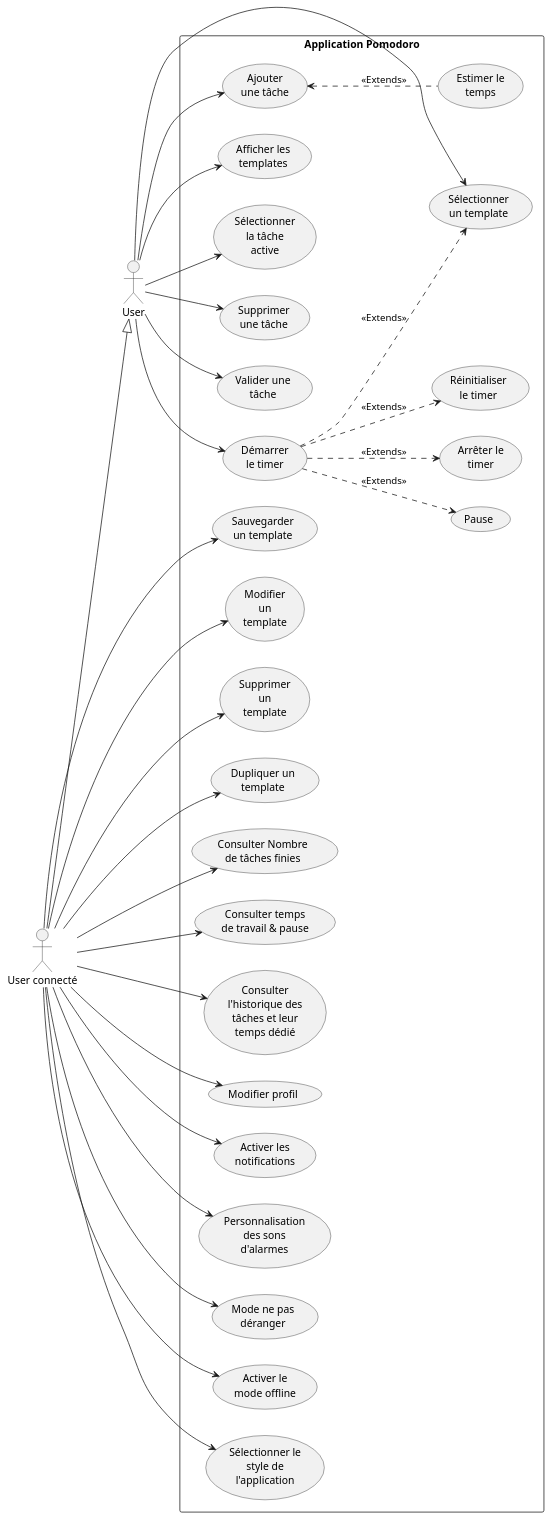
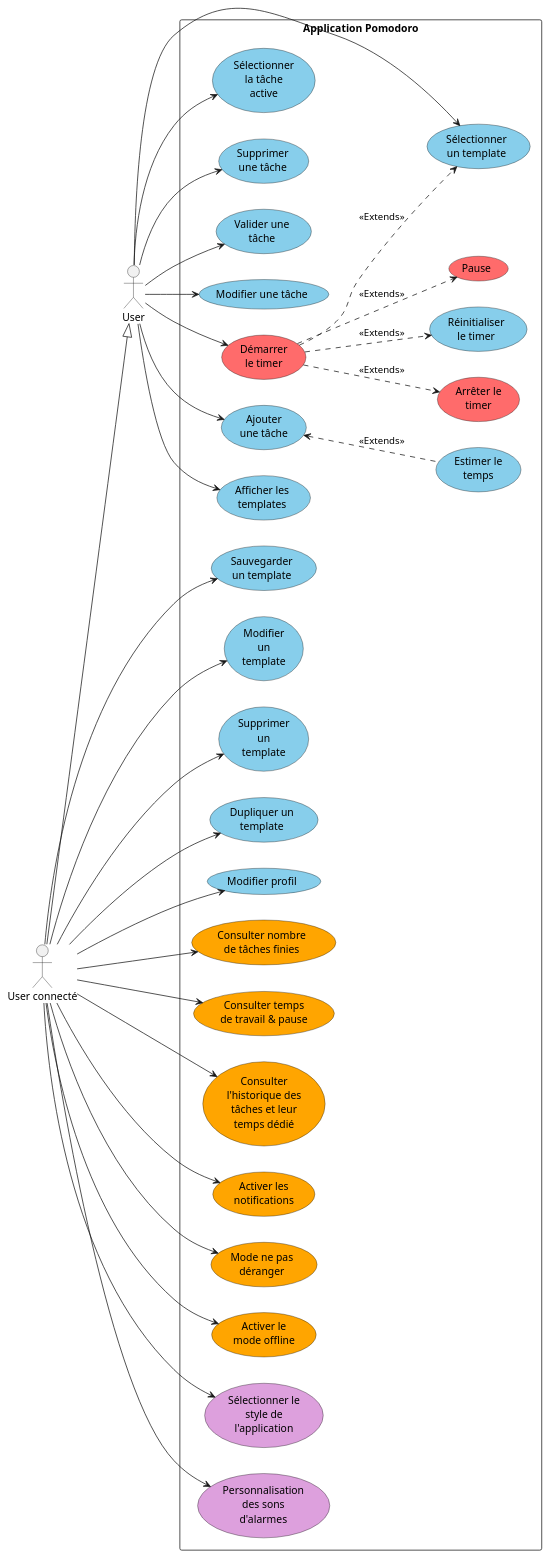
One commit to MDGav82/FocusTimer changed the diagram in pomodoro.wsd. Above: the diagram before and after it, drawn with PlantUML.

Commit message:
Add colors

```diff
--- a/pomodoro.wsd
+++ b/pomodoro.wsd
@@ -1,67 +1,69 @@
 @startuml pomodoro
 left to right direction
 actor User as u
 actor "User connecté" as uc
 
 uc --|> u
 
 rectangle "Application Pomodoro" {
-  usecase "Démarrer\nle timer" as UC1
-  usecase "Pause" as UC2
-  usecase "Arrêter le\ntimer" as UC3
-  usecase "Réinitialiser\nle timer" as UC4
-  usecase "Sélectionner\nun template" as UC5
-  usecase "Ajouter\nune tâche" as UC6
-  usecase "Estimer le\ntemps" as UC7
-  usecase "Afficher les\ntemplates" as UC8
-  usecase "Sélectionner\nla tâche\nactive" as UC9
-  usecase "Supprimer\nune tâche" as UC10
-  usecase "Valider une\ntâche" as UC11
-  usecase "Sauvegarder\nun template" as UC12
-  usecase "Modifier\nun\ntemplate" as UC13
-  usecase "Supprimer\nun\ntemplate" as UC14
-  usecase "Dupliquer un\ntemplate" as UC15
-  usecase "Consulter Nombre\nde tâches finies" as UC16
-  usecase "Consulter temps\nde travail & pause" as UC17
-  usecase "Consulter\nl'historique des\ntâches et leur\ntemps dédié" as UC18
-  usecase "Modifier profil" as UC19
-  usecase "Activer les\nnotifications" as UC20
-  usecase "Personnalisation\ndes sons\nd'alarmes" as UC21
-  usecase "Mode ne pas\ndéranger" as UC22
-  usecase "Activer le\nmode offline" as UC23
-  usecase "Sélectionner le\nstyle de\nl'application" as UC24
+  usecase "Démarrer\nle timer" as UC1 #FF6B6B
+  usecase "Pause" as UC2 #FF6B6B
+  usecase "Arrêter le\ntimer" as UC3 #FF6B6B
+  usecase "Réinitialiser\nle timer" as UC4 #87CEEB
+  usecase "Sélectionner\nun template" as UC5 #87CEEB
+  usecase "Ajouter\nune tâche" as UC6 #87CEEB
+  usecase "Estimer le\ntemps" as UC7 #87CEEB
+  usecase "Afficher les\ntemplates" as UC8 #87CEEB
+  usecase "Sélectionner\nla tâche\nactive" as UC9 #87CEEB
+  usecase "Supprimer\nune tâche" as UC10 #87CEEB
+  usecase "Valider une\ntâche" as UC11 #87CEEB
+  usecase "Modifier une tâche" as UC12 #87CEEB
+  usecase "Sauvegarder\nun template" as UC13 #87CEEB
+  usecase "Modifier\nun\ntemplate" as UC14 #87CEEB
+  usecase "Supprimer\nun\ntemplate" as UC15 #87CEEB
+  usecase "Dupliquer un\ntemplate" as UC16 #87CEEB
+  usecase "Modifier profil" as UC17 #87CEEB
+  usecase "Consulter nombre\nde tâches finies" as UC18 #FFA500
+  usecase "Consulter temps\nde travail & pause" as UC19 #FFA500
+  usecase "Consulter\nl'historique des\ntâches et leur\ntemps dédié" as UC20 #FFA500
+  usecase "Activer les\nnotifications" as UC21 #FFA500
+  usecase "Mode ne pas\ndéranger" as UC22 #FFA500
+  usecase "Activer le\nmode offline" as UC23 #FFA500
+  usecase "Sélectionner le\nstyle de\nl'application" as UC24 #DDA0DD
+  usecase "Personnalisation\ndes sons\nd'alarmes" as UC25 #DDA0DD
   
 }
 
 ' User connections
 u --> UC1
 u --> UC5
 u --> UC6
 u --> UC8
 u --> UC9
 u --> UC10
 u --> UC11
+u --> UC12
 
 ' User connecté connections
-uc --> UC12
 uc --> UC13
 uc --> UC14
 uc --> UC15
 uc --> UC16
-uc --> UC17
 uc --> UC18
 uc --> UC19
 uc --> UC20
+uc --> UC17
 uc --> UC21
+uc --> UC25
 uc --> UC22
 uc --> UC23
 uc --> UC24
 
 ' Relations extends
 UC1 ..> UC2 : <<Extends>>
 UC1 ..> UC3 : <<Extends>>
 UC1 ..> UC4 : <<Extends>>
 UC1 ..> UC5 : <<Extends>>
 UC6 <.. UC7 : <<Extends>>
 
 @enduml
```
